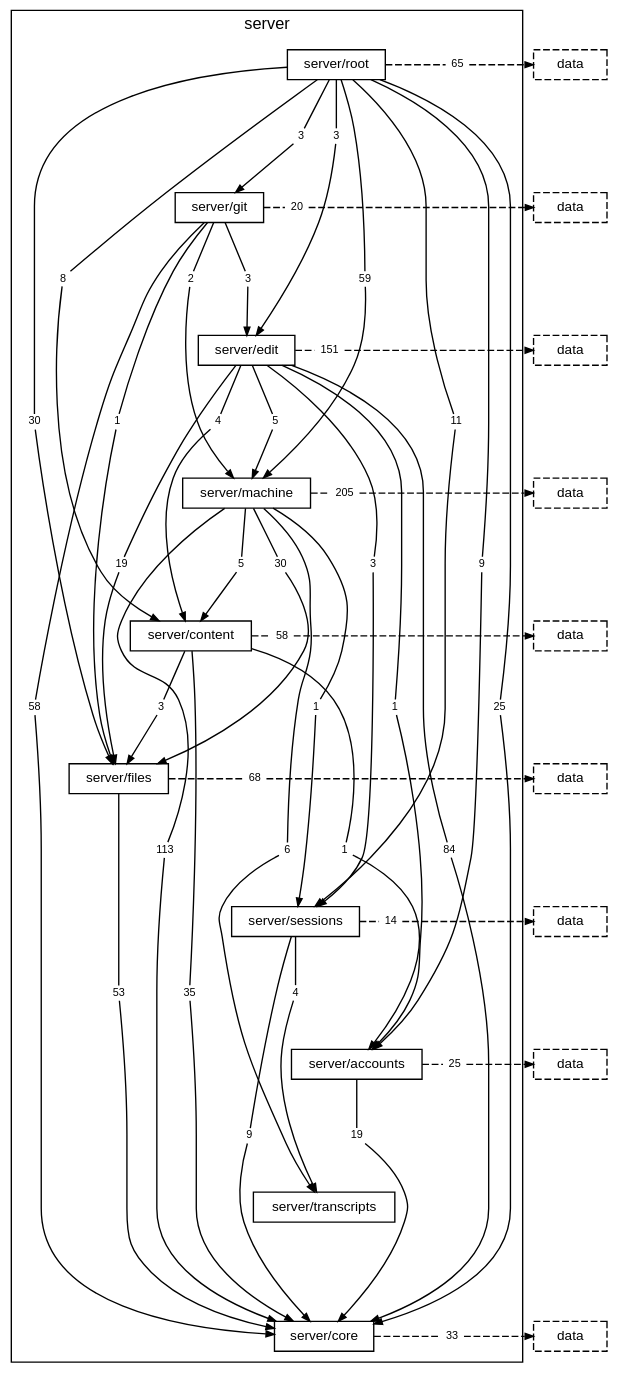
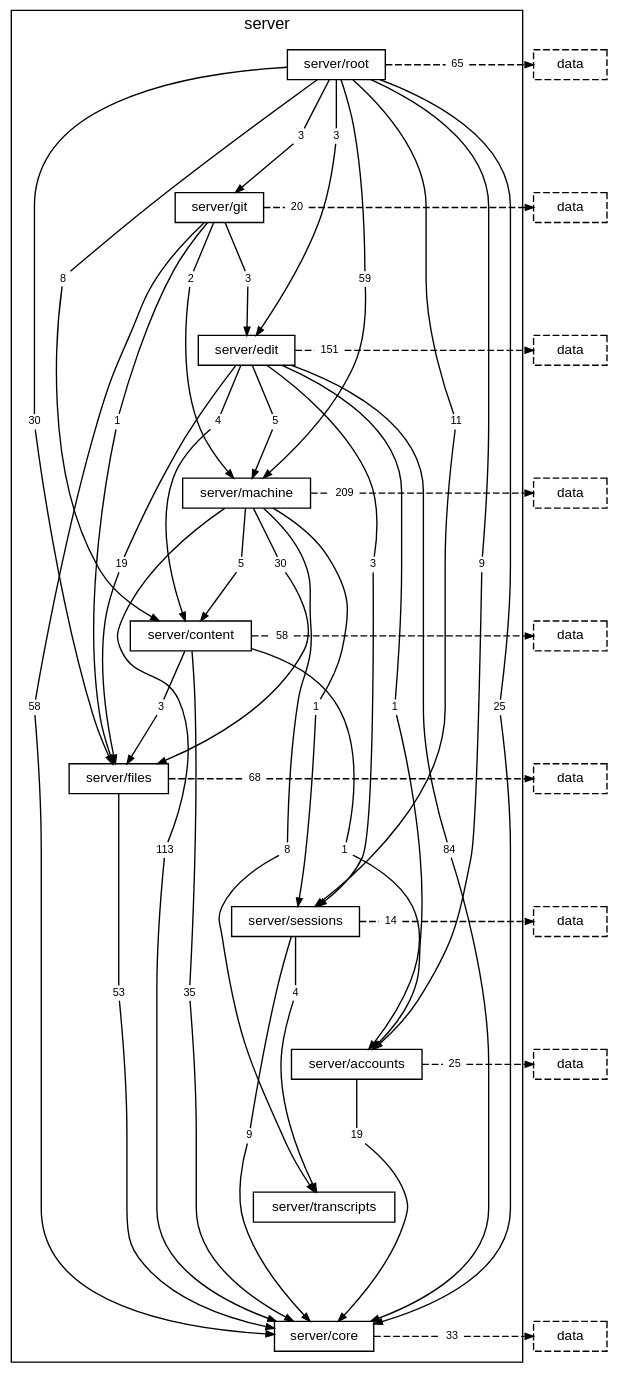
The diagram in docs/diagrams/layer-server.dot (TheAxeC/oculus), drawn with Graphviz before and after one commit. The commit also changed 93 other files, not shown here.

```diff
--- a/docs/diagrams/layer-server.dot
+++ b/docs/diagrams/layer-server.dot
@@ -39,8 +39,8 @@
         "folder server/machine to folder server/core" [label="113", shape=box, color="transparent", fontsize=8, width=0, height=0, margin="0.04,0.02"];
         "folder server/machine to folder server/files" [label="30", shape=box, color="transparent", fontsize=8, width=0, height=0, margin="0.04,0.02"];
         "folder server/machine to folder server/sessions" [label="1", shape=box, color="transparent", fontsize=8, width=0, height=0, margin="0.04,0.02"];
-        "folder server/machine to folder server/transcripts" [label="6", shape=box, color="transparent", fontsize=8, width=0, height=0, margin="0.04,0.02"];
-        "folder server/machine to layer data" [label="205", shape=box, color="transparent", fontsize=8, width=0, height=0, margin="0.04,0.02"];
+        "folder server/machine to folder server/transcripts" [label="8", shape=box, color="transparent", fontsize=8, width=0, height=0, margin="0.04,0.02"];
+        "folder server/machine to layer data" [label="209", shape=box, color="transparent", fontsize=8, width=0, height=0, margin="0.04,0.02"];
         "folder server/content to folder server/accounts" [label="1", shape=box, color="transparent", fontsize=8, width=0, height=0, margin="0.04,0.02"];
         "folder server/content to folder server/core" [label="35", shape=box, color="transparent", fontsize=8, width=0, height=0, margin="0.04,0.02"];
         "folder server/content to folder server/files" [label="3", shape=box, color="transparent", fontsize=8, width=0, height=0, margin="0.04,0.02"];
```
